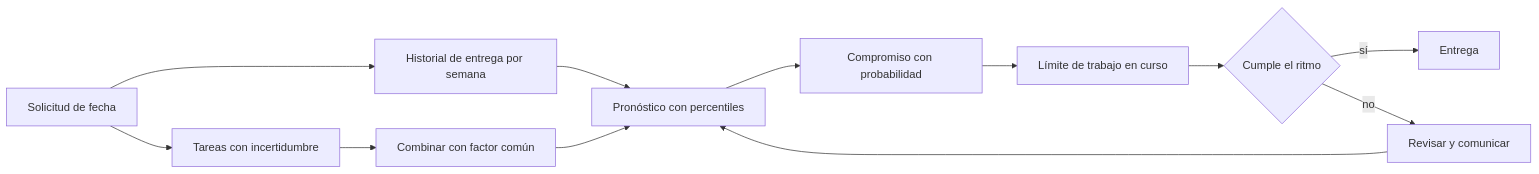
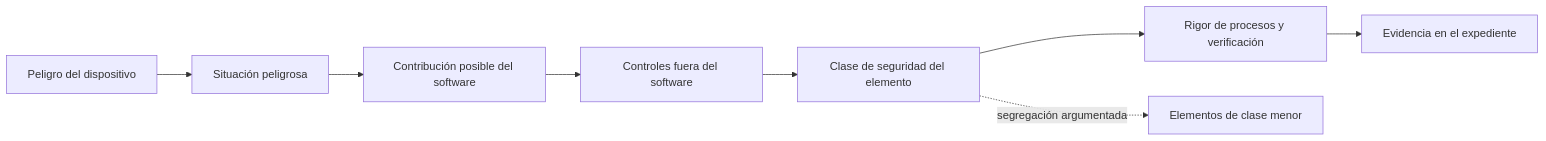
One commit to vladimiracunadev-create/modern-software-engineering-program changed the diagram in content/part-37/SE-449.md. Above: the diagram before and after it, drawn with Mermaid. The commit also changed other lines of this file and 5193 other files, not shown here.

````diff
--- a/content/part-37/SE-449.md
+++ b/content/part-37/SE-449.md
@@ -56,14 +58,10 @@
 ```mermaid
 flowchart LR
-    A[Solicitud de fecha] --> B[Tareas con incertidumbre]
-    B --> C[Combinar con factor común]
-    A --> D[Historial de entrega por semana]
-    D --> E[Pronóstico con percentiles]
-    C --> E
-    E --> F[Compromiso con probabilidad]
-    F --> G[Límite de trabajo en curso]
-    G --> H{Cumple el ritmo}
-    H -->|sí| I[Entrega]
-    H -->|no| J[Revisar y comunicar]
-    J --> E
+    A[Peligro del dispositivo] --> B[Situación peligrosa]
+    B --> C[Contribución posible del software]
+    C --> D[Controles fuera del software]
+    D --> E[Clase de seguridad del elemento]
+    E --> F[Rigor de procesos y verificación]
+    F --> G[Evidencia en el expediente]
+    E -.->|segregación argumentada| H[Elementos de clase menor]
 ```
````
